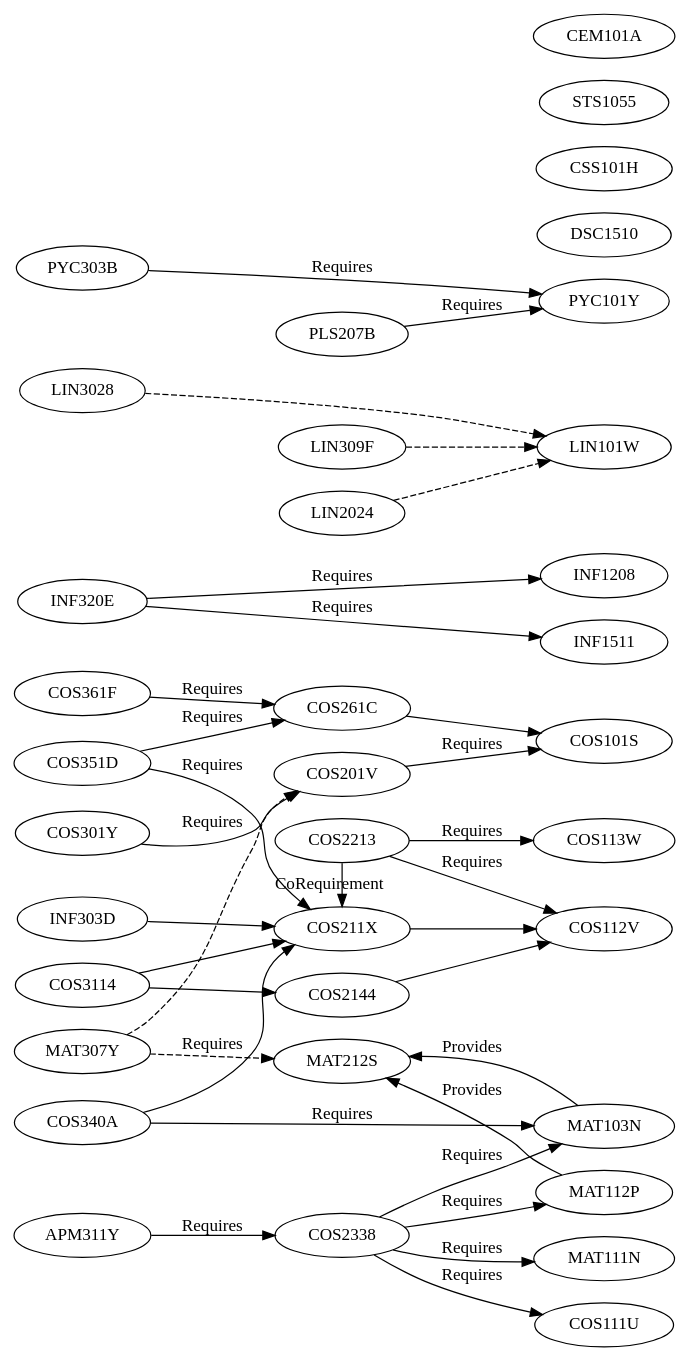
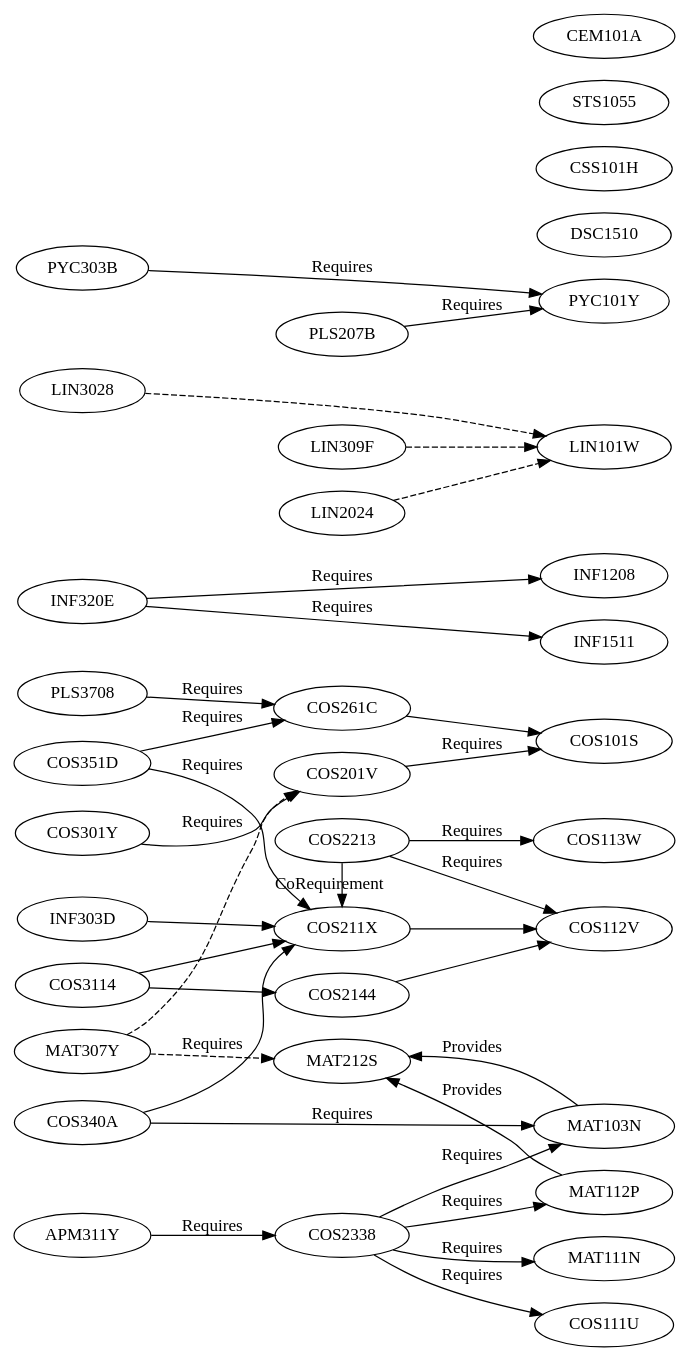
One commit to apauley/RandomHacks changed the diagram in Unisa/ComputationalIntelligence.dot. Above: the diagram before and after it, drawn with Graphviz.

Commit message:
Unisa 2010 module changes: COS361F -> PLS3708

```diff
--- a/Unisa/ComputationalIntelligence.dot
+++ b/Unisa/ComputationalIntelligence.dot
@@ -1,47 +1,47 @@
 digraph ComputationalIntelligence {
 	rankdir=LR
 
-	{rank=same; COS301Y INF320E COS351D COS361F}
+	{rank=same; COS301Y INF320E COS351D PLS3708}
 	{rank=same; COS3114 APM311Y MAT307Y COS340A}
 	{rank=same; INF303D LIN3028 PYC303B}
   
 	{rank=same; COS201V COS211X COS261C COS2144}
 	{rank=same; COS2213 COS2338 MAT212S}
 	{rank=same; LIN309F LIN2024 PLS207B}
 
 	{rank=same; COS101S COS112V COS113W INF1208 MAT112P MAT111N MAT103N PYC101Y COS111U LIN101W INF1511}
 	{rank=same; DSC1510 CSS101H STS1055 CEM101A}
 	{rank=max; DSC1510 COS101S}
 
 	COS301Y -> {COS201V} [label=Requires]
 	INF320E -> {INF1208 INF1511} [label=Requires]
 	COS351D -> {COS211X COS261C} [label=Requires]
-	COS361F -> {COS261C} [label=Requires]
+	PLS3708 -> {COS261C} [label=Requires]
 	PYC303B -> {PYC101Y} [label=Requires]
 
 	COS3114 -> {COS211X COS2144}
 	APM311Y -> {COS2338} [label=Requires]
 	MAT307Y -> {MAT212S COS201V} [style=dashed]
 	INF303D -> {COS211X}
 	LIN3028 -> {LIN101W} [style=dashed]
 	COS340A -> {COS211X MAT103N} [label=Requires]
 
 
 	COS201V -> {COS101S} [label=Requires]
 	COS211X -> {COS112V}
 	COS261C -> {COS101S}
 	COS2144 -> {COS112V}
 
 	{rank=same; COS2213 COS211X}
 	COS2213 -> {COS112V COS113W} [label=Requires]
 	COS2213 -> {COS211X} [label=CoRequirement]
 	COS2338 -> {COS111U MAT103N MAT111N MAT112P} [label=Requires]
 	MAT212S
 	LIN309F -> {LIN101W} [style=dashed]
 	LIN2024 -> {LIN101W} [style=dashed]
 	PLS207B -> {PYC101Y} [label=Requires]
 
 
 	MAT103N -> {MAT212S} [label=Provides]
 	MAT112P -> {MAT212S} [label=Provides]
 }
```
